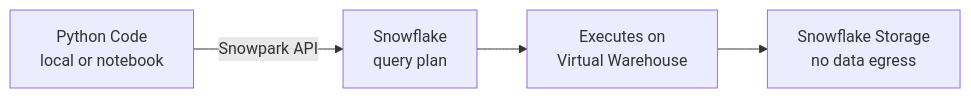
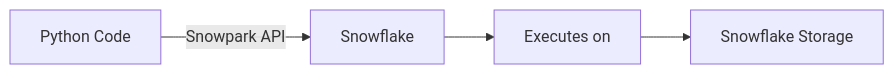
The diagram in 06-snowflake/09-snowpark.md (gcmishra7/data-engineering-helper), drawn with Mermaid before and after one commit. The commit also changed other lines of this file and 57 other files, not shown here.

First line of the commit message:
Shorten mermaid node labels to fix text truncation on GitHub

````diff
--- a/06-snowflake/09-snowpark.md
+++ b/06-snowflake/09-snowpark.md
@@ -8,6 +8,6 @@
 ```mermaid
 graph LR
-    PY[Python Code<br/>local or notebook] -->|Snowpark API| SF[Snowflake<br/>query plan]
-    SF --> EX[Executes on<br/>Virtual Warehouse]
-    EX --> SNOW[Snowflake Storage<br/>no data egress]
+    PY[Python Code] -->|Snowpark API| SF[Snowflake]
+    SF --> EX[Executes on]
+    EX --> SNOW[Snowflake Storage]
 ```
````
